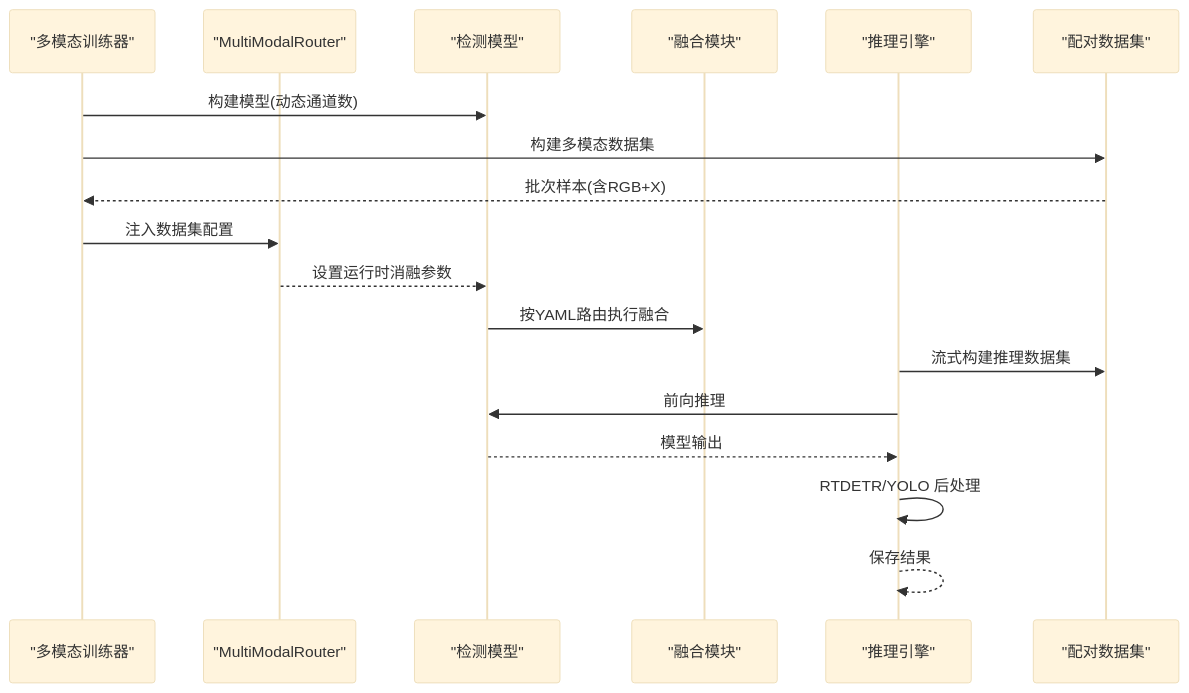
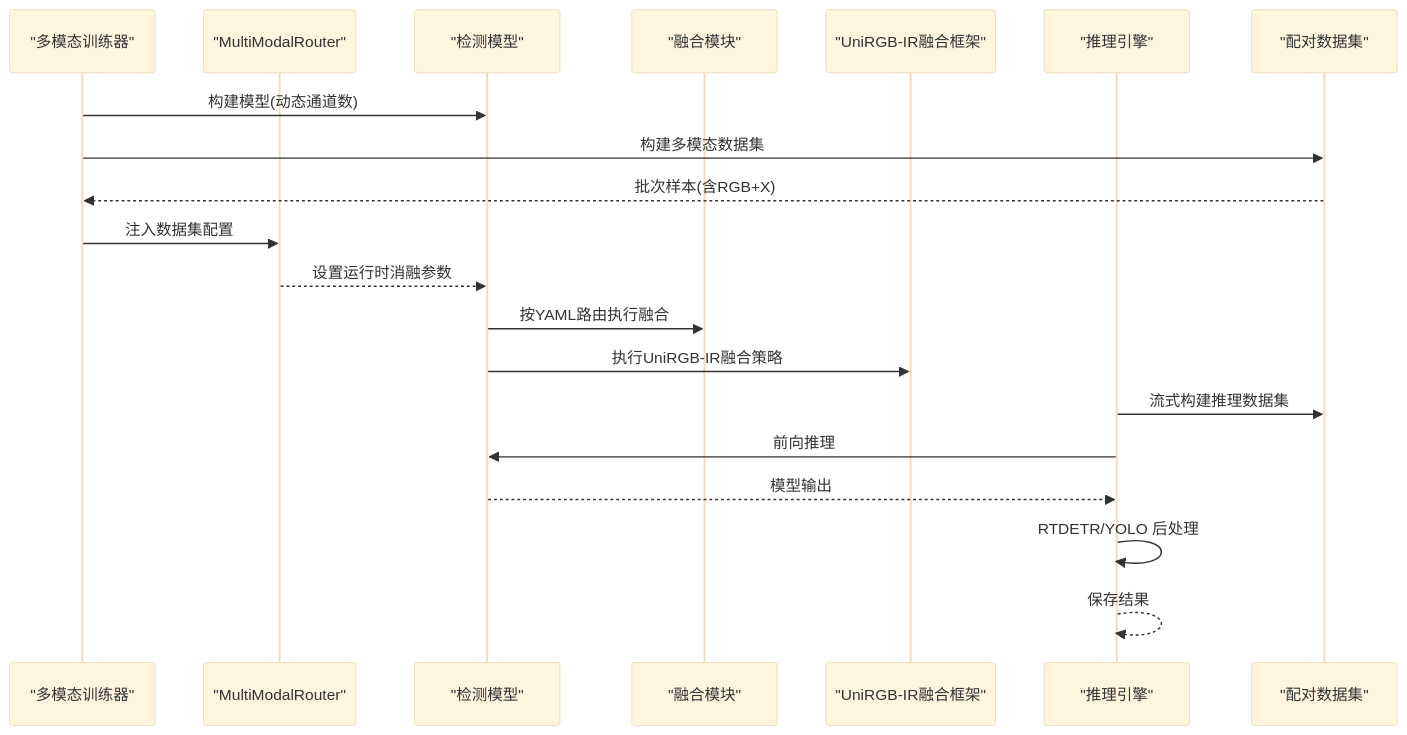
One commit to 2208754827/MM-IMPROVE changed the second of 3 diagrams in .qoder/repowiki/zh/content/特征融合策略/特征融合策略.md. Above: the diagram before and after it, drawn with Mermaid (base theme). The commit also changed other lines of this file and 202 other files, not shown here.

````diff
--- a/.qoder/repowiki/zh/content/特征融合策略/特征融合策略.md
+++ b/.qoder/repowiki/zh/content/特征融合策略/特征融合策略.md
@@ -102,20 +112,22 @@
 ```mermaid
 sequenceDiagram
 participant Trainer as "多模态训练器"
 participant Router as "MultiModalRouter"
 participant Model as "检测模型"
 participant Fusion as "融合模块"
+participant UniRGBIR as "UniRGB-IR融合框架"
 participant Infer as "推理引擎"
 participant Data as "配对数据集"
 Trainer->>Model : 构建模型(动态通道数)
 Trainer->>Data : 构建多模态数据集
 Data-->>Trainer : 批次样本(含RGB+X)
 Trainer->>Router : 注入数据集配置
 Router-->>Model : 设置运行时消融参数
 Model->>Fusion : 按YAML路由执行融合
+Model->>UniRGBIR : 执行UniRGB-IR融合策略
 Infer->>Data : 流式构建推理数据集
 Infer->>Model : 前向推理
 Model-->>Infer : 模型输出
 Infer->>Infer : RTDETR/YOLO 后处理
 Infer-->>Infer : 保存结果
 ```
````
